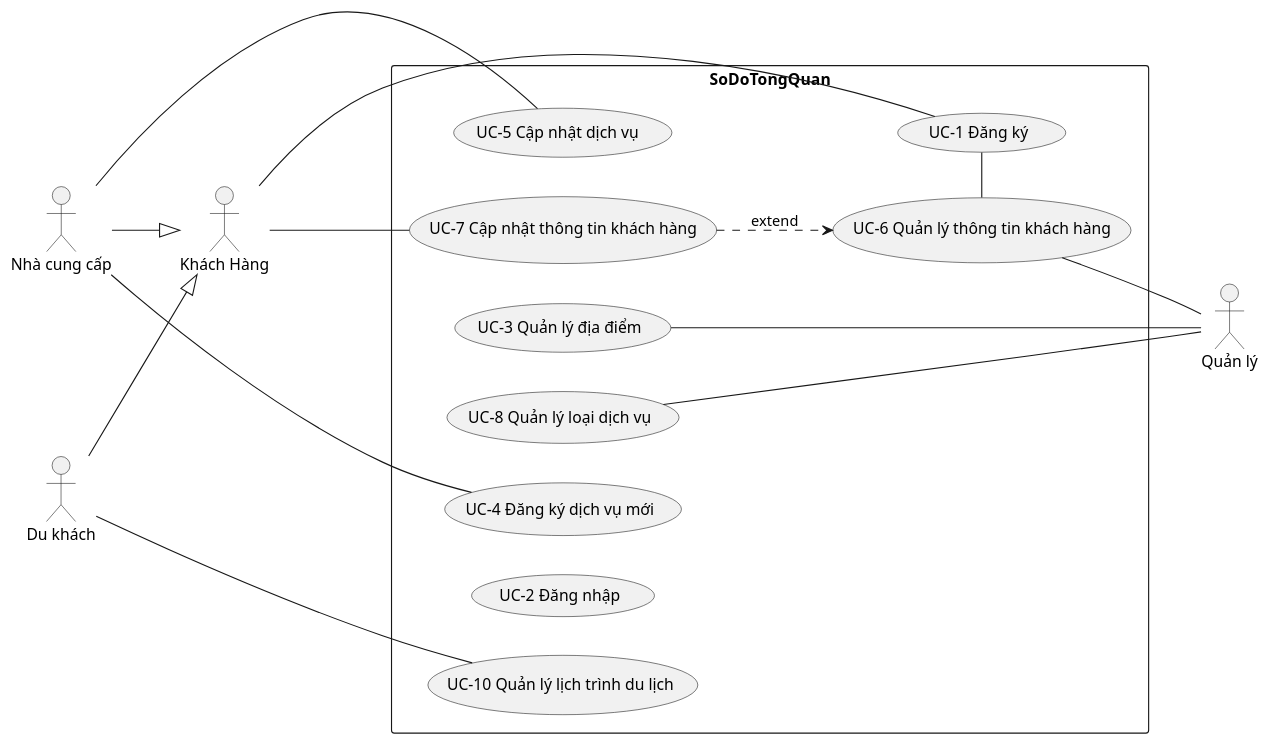
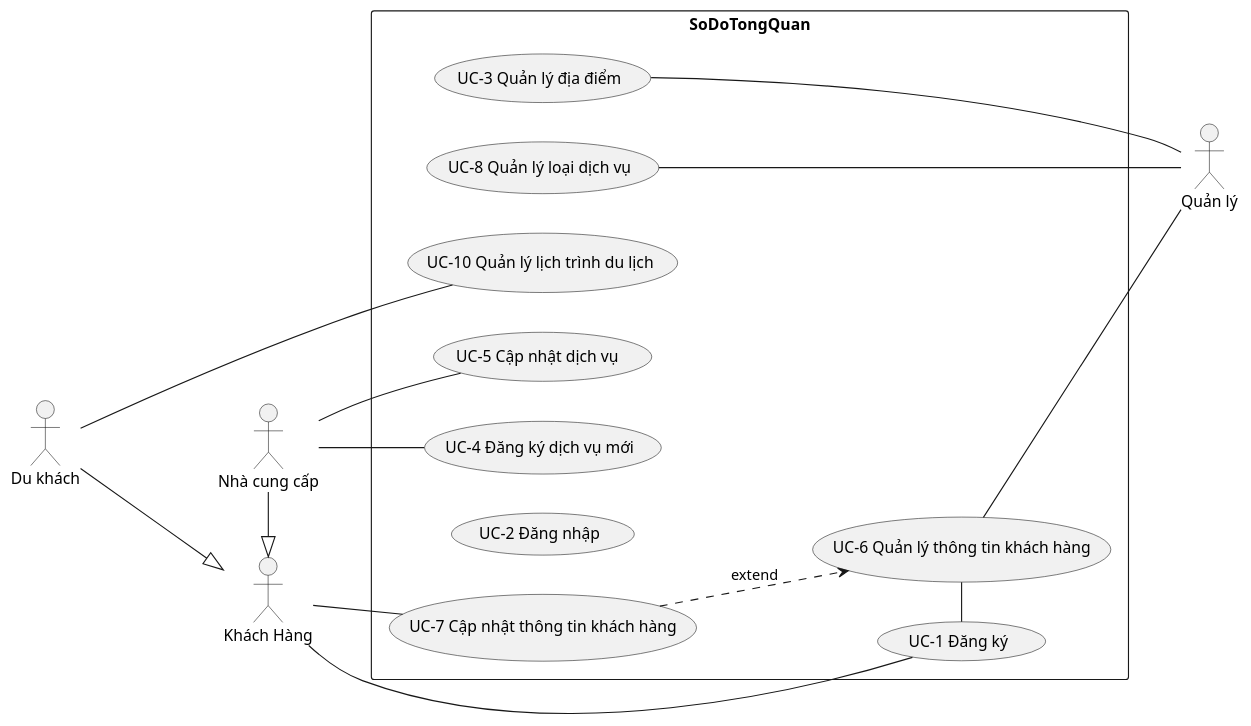
One commit to TranTan-Dat/LV_DuLichDienTu changed the diagram in PlanUML/UseCase.puml. Above: the diagram before and after it, drawn with PlantUML. The commit also changed 20 other files, not shown here.

```diff
--- a/PlanUML/UseCase.puml
+++ b/PlanUML/UseCase.puml
@@ -1,47 +1,47 @@
 @startuml SoDoUC
 left to right direction
 actor "Quản lý" as QL
 actor "Khách Hàng" as KH
 actor "Nhà cung cấp" as NCC
 actor "Du khách" as DKhach
 
 
 rectangle  SoDoTongQuan{
   usecase "UC-8 Quản lý loại dịch vụ" as QLLDV
   usecase "UC-3 Quản lý địa điểm" as QLDD
   ' usecase "UC-9 Quản lý thông tin " as QLTTDD
 
   usecase "UC-4 Đăng ký dịch vụ mới" as Them_TTDD
   usecase "UC-5 Cập nhật dịch vụ " as CapNhat_TTDD
   usecase "UC-7 Cập nhật thông tin khách hàng" as CapNhat_TTKH
 
   usecase "UC-6 Quản lý thông tin khách hàng" as QLTTKH
   usecase "UC-1 Đăng ký" as DKy
   usecase "UC-2 Đăng nhập" as DNhap
   usecase "UC-10 Quản lý lịch trình du lịch" as QLCD
   ' chỗ nay nhà cung cấp và du khách đều dùng quản lý lịch trình du lịch
 }
 
 QLTTKH - DKy
 CapNhat_TTKH ..> QLTTKH : extend
 
-KH --- CapNhat_TTKH
+KH -- CapNhat_TTKH
 KH --- DKy
 
-QLDD --- QL
+QLDD - QL
 QLTTKH -- QL
-QLLDV -- QL
+QLLDV - QL
 
 
 
-NCC --|> KH
+NCC -|> KH
 
-DKhach --|> KH
+DKhach ---|> KH
 
 NCC - CapNhat_TTDD
 NCC - Them_TTDD
 
 
 DKhach -- QLCD
 
 @enduml
```
